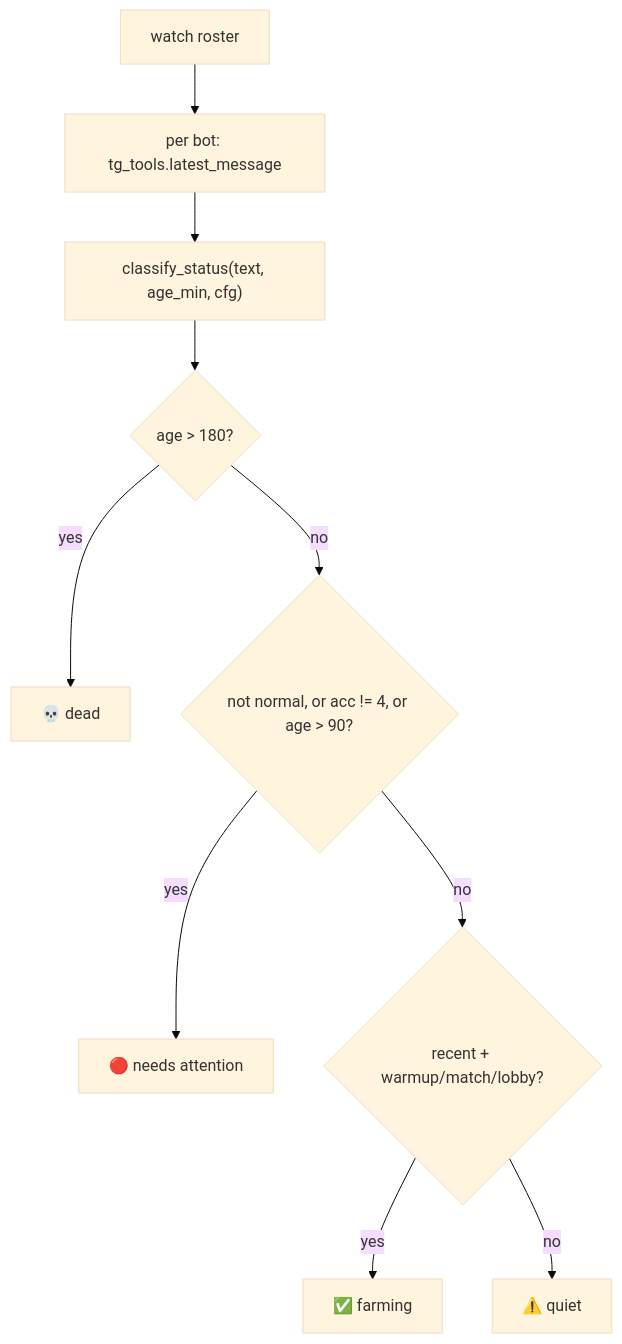
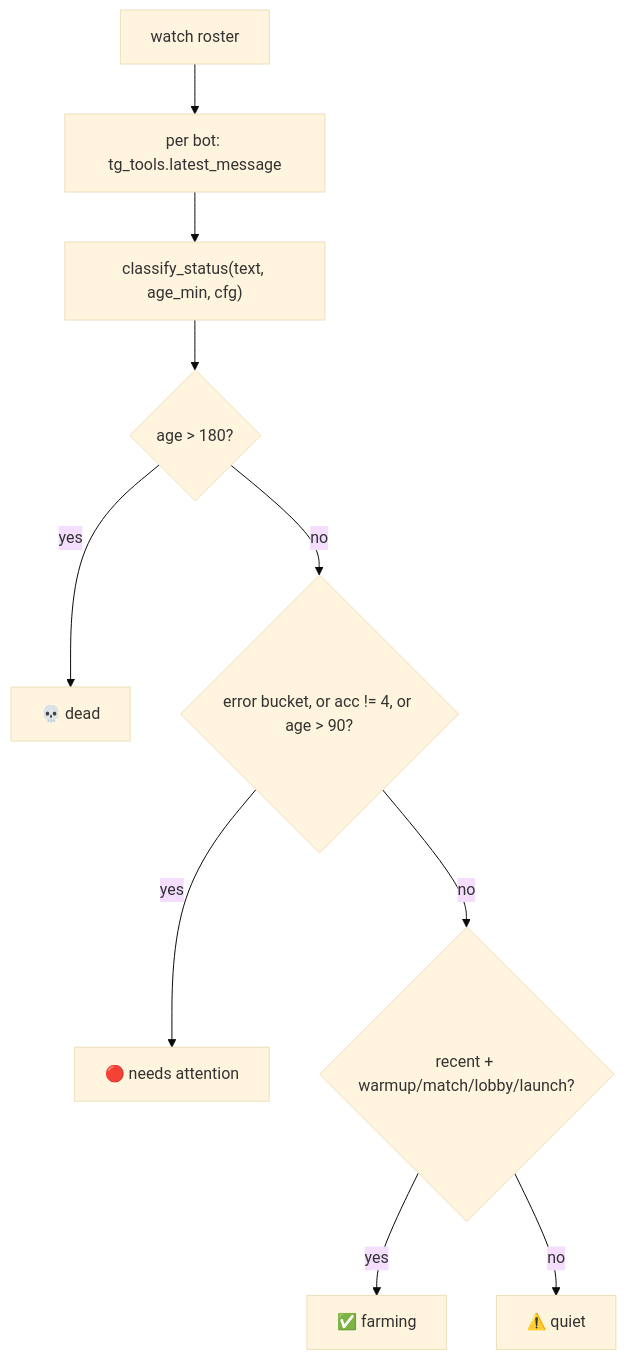
Before and after one commit to s1gmamale1/Farm-Telegram-Monitoring: the diagram in docs/wiki/components/Roster and Health Scan.md, drawn with Mermaid (base theme). The commit also changed other lines of this file, not shown here.

````diff
--- a/docs/wiki/components/Roster and Health Scan.md
+++ b/docs/wiki/components/Roster and Health Scan.md
@@ -24,12 +24,12 @@
 ```mermaid
 flowchart TD
   A[watch roster] --> B[per bot: tg_tools.latest_message]
   B --> C["classify_status(text, age_min, cfg)"]
   C --> D{age > 180?}
   D -->|yes| DEAD[💀 dead]
-  D -->|no| E{not normal, or acc != 4, or age > 90?}
+  D -->|no| E{error bucket, or acc != 4, or age > 90?}
   E -->|yes| ATT[🔴 needs attention]
-  E -->|no| F{recent + warmup/match/lobby?}
+  E -->|no| F{recent + warmup/match/lobby/launch?}
   F -->|yes| FARM[✅ farming]
   F -->|no| QUIET[⚠️ quiet]
 ```
````
